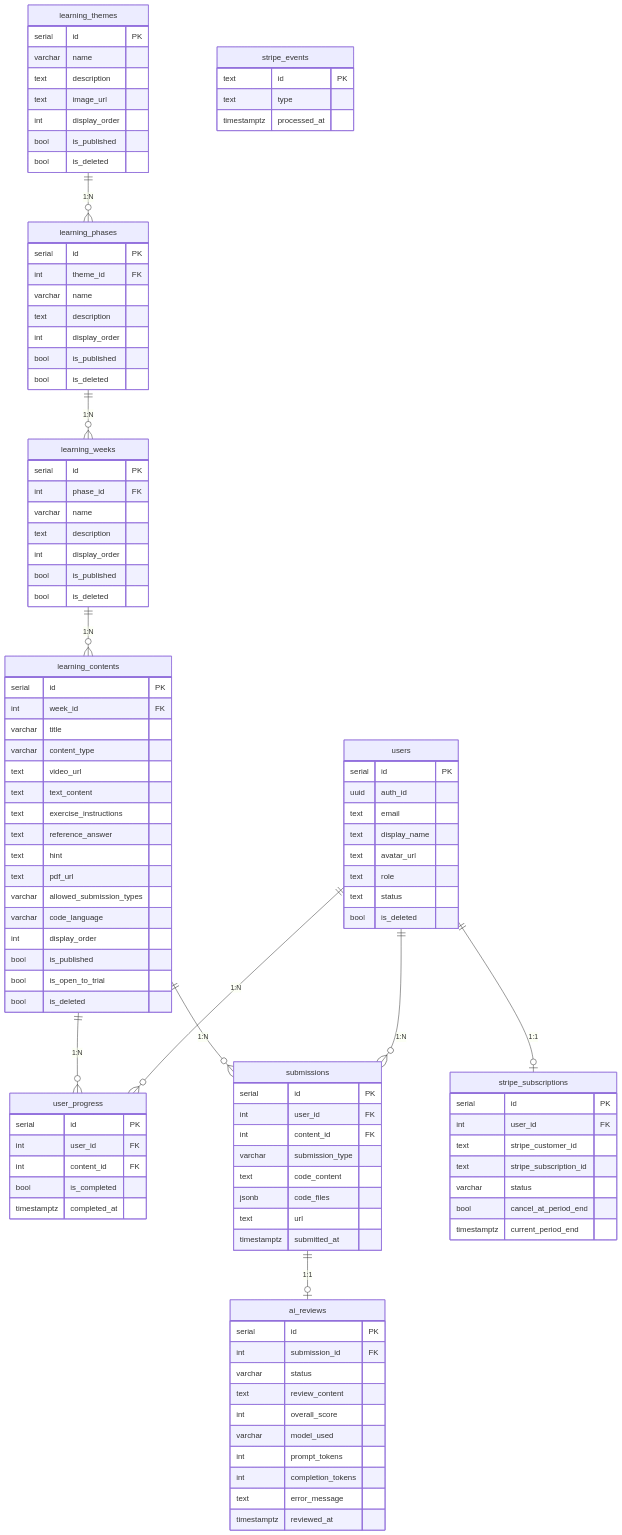
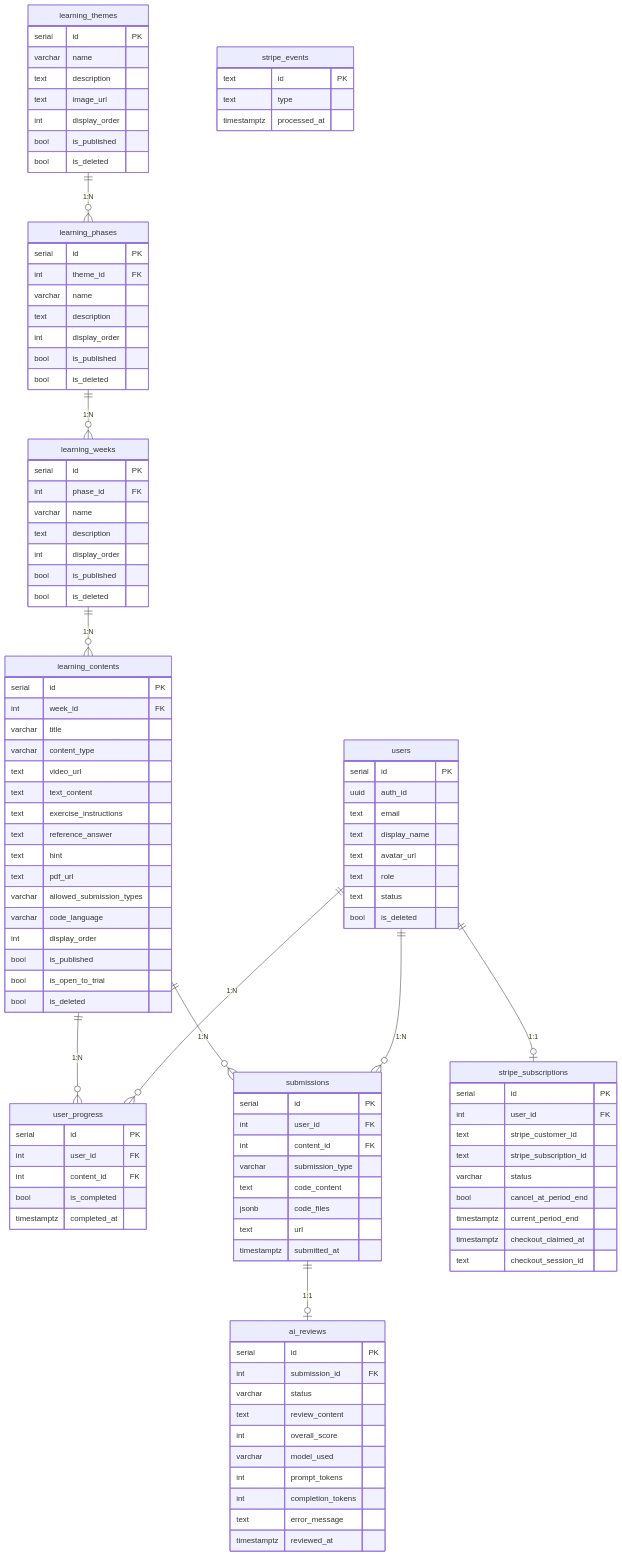
The diagram in docs/database.md (Singuralitylabs/sinlab-study), drawn with Mermaid before and after one commit. The commit also changed other lines of this file and 16 other files, not shown here.

```diff
--- a/docs/database.md
+++ b/docs/database.md
@@ -127,6 +127,8 @@
         varchar status
         bool cancel_at_period_end
         timestamptz current_period_end
+        timestamptz checkout_claimed_at
+        text checkout_session_id
     }
     stripe_events {
         text id PK
```
